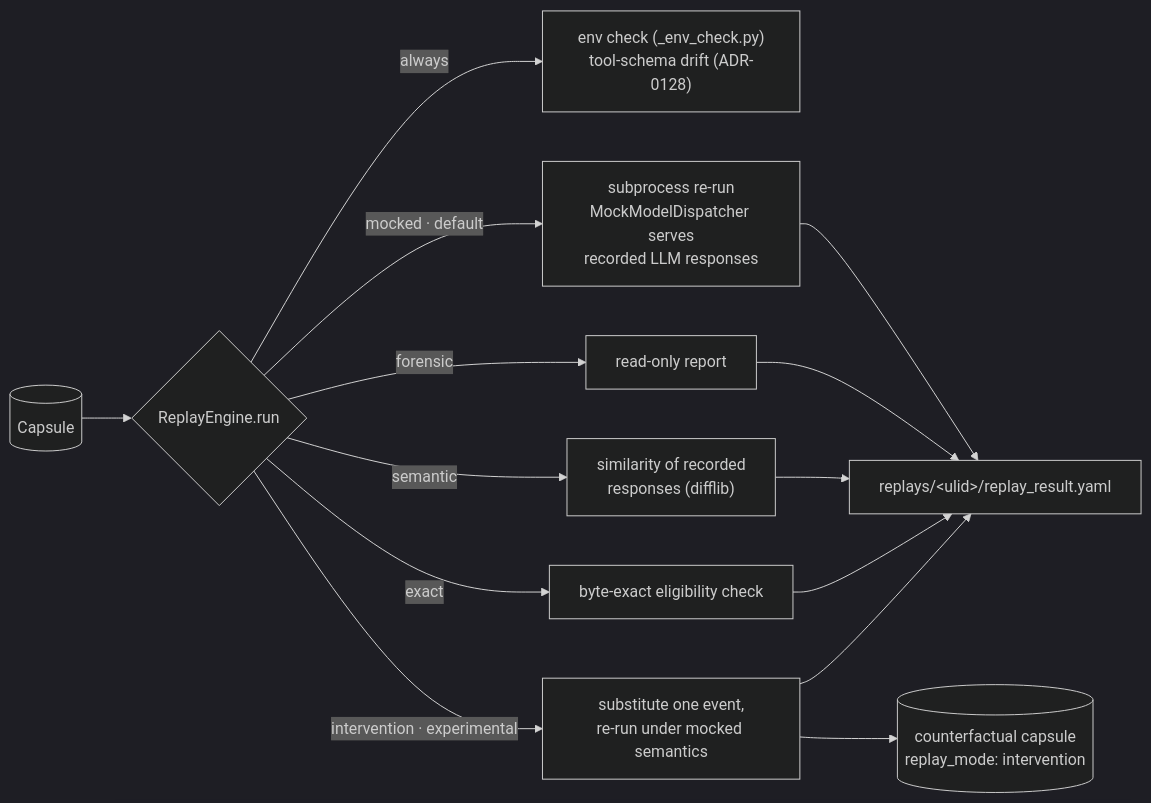
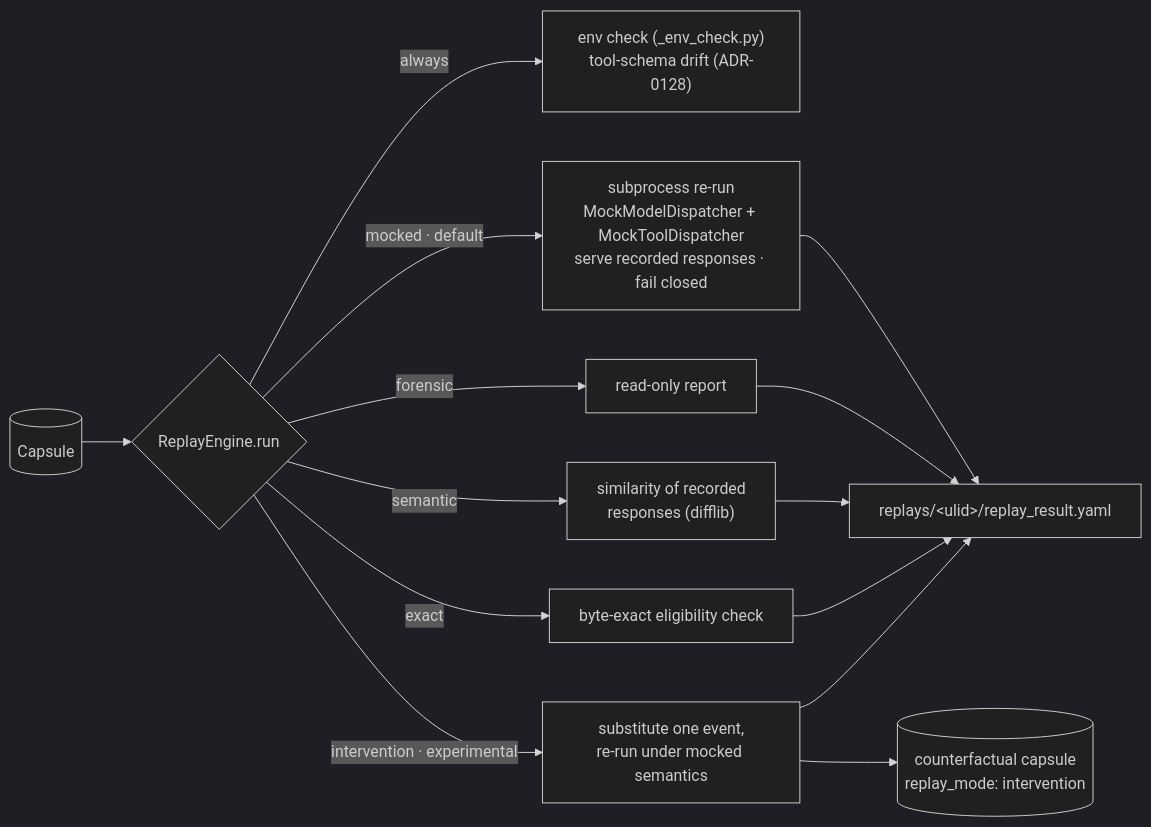
Before and after one commit to MSKazemi/novafabric: the diagram in docs/architecture/replay-modes.md, drawn with Mermaid (dark theme). The commit also changed other lines of this file and 38 other files, not shown here.

Commit message:
feat(replay): mocked replay serves recorded MCP tool results one-to-one and fails closed on divergence; canonical tool-call shape on every capture path (#12, #16, ADR-0300)

````diff
--- a/docs/architecture/replay-modes.md
+++ b/docs/architecture/replay-modes.md
@@ -12,12 +12,12 @@
 ```mermaid
 flowchart LR
     C[(Capsule)] --> E{ReplayEngine.run}
     E -->|always| CK["env check (_env_check.py)<br/>tool-schema drift (ADR-0128)"]
-    E -->|mocked · default| M["subprocess re-run<br/>MockModelDispatcher serves<br/>recorded LLM responses"]
+    E -->|mocked · default| M["subprocess re-run<br/>MockModelDispatcher + MockToolDispatcher<br/>serve recorded responses · fail closed"]
     E -->|forensic| F["read-only report"]
     E -->|semantic| S["similarity of recorded<br/>responses (difflib)"]
     E -->|exact| X["byte-exact eligibility check"]
     E -->|intervention · experimental| I["substitute one event,<br/>re-run under mocked semantics"]
     M & F & S & X & I --> R["replays/&lt;ulid&gt;/replay_result.yaml"]
     I --> CC[(counterfactual capsule<br/>replay_mode: intervention)]
 ```
````
